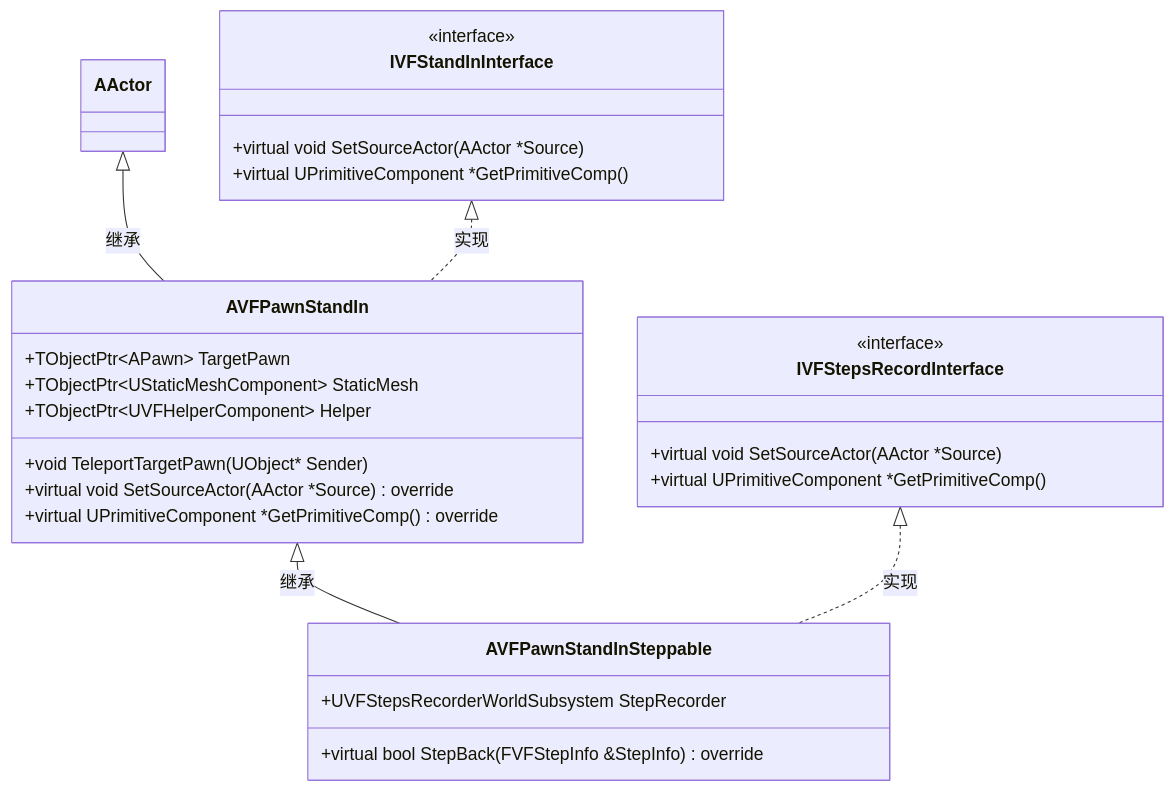
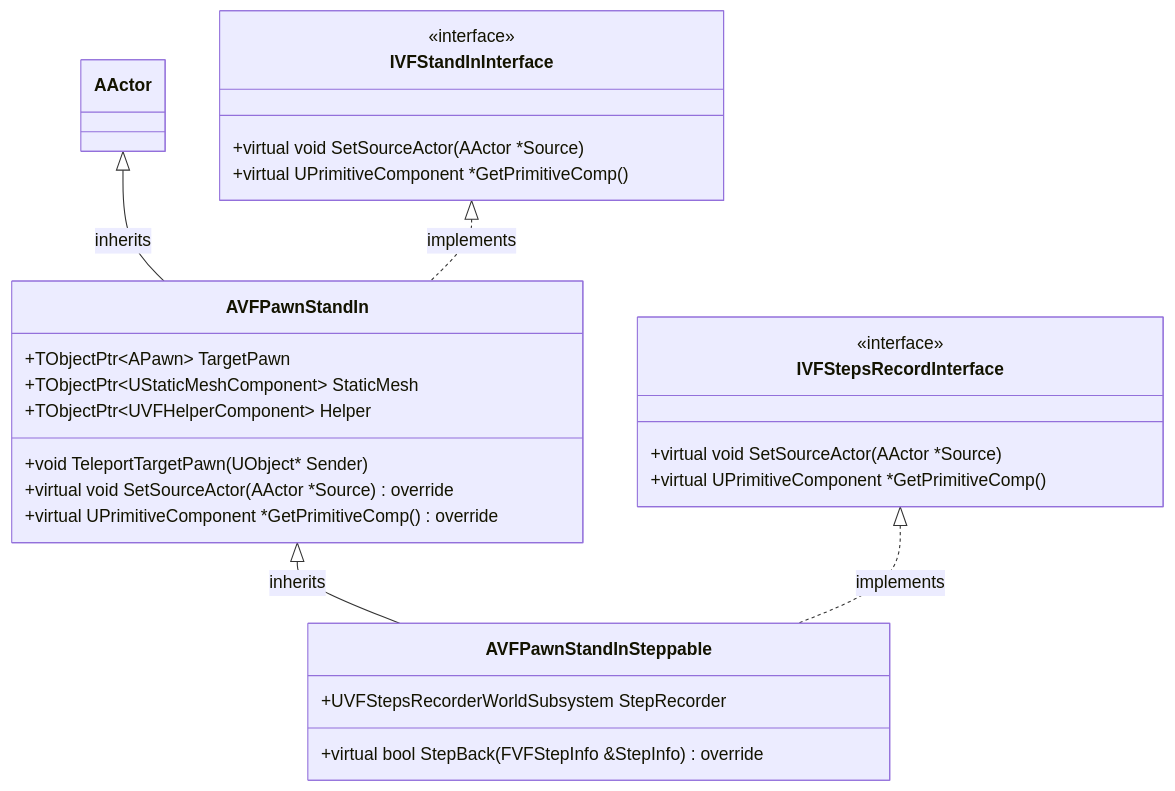
One commit to StrangeDS/ViewFinderRe changed the sixth of 9 diagrams in README.md. Above: the diagram before and after it, drawn with Mermaid. The commit also changed other lines of this file and 1 other file, not shown here.

````diff
--- a/README.md
+++ b/README.md
@@ -551,35 +1213,35 @@
 ```mermaid
 classDiagram
     class IVFStandInInterface {
       <<interface>>
       +virtual void SetSourceActor(AActor *Source)
       +virtual UPrimitiveComponent *GetPrimitiveComp()
     }
 
     class AVFPawnStandIn {
       +TObjectPtr~APawn~ TargetPawn
       +TObjectPtr~UStaticMeshComponent~ StaticMesh
       +TObjectPtr~UVFHelperComponent~ Helper
 
       +void TeleportTargetPawn(UObject* Sender)
       +virtual void SetSourceActor(AActor *Source) override
       +virtual UPrimitiveComponent *GetPrimitiveComp() override
     }
 
     class IVFStepsRecordInterface {
       <<interface>>
       +virtual void SetSourceActor(AActor *Source)
       +virtual UPrimitiveComponent *GetPrimitiveComp()
     }
 
     class AVFPawnStandInSteppable {
       +UVFStepsRecorderWorldSubsystem StepRecorder
 
       +virtual bool StepBack(FVFStepInfo &StepInfo) override
     }
 
-    AActor <|-- AVFPawnStandIn: 继承
-    IVFStandInInterface <|.. AVFPawnStandIn: 实现
-    AVFPawnStandIn <|-- AVFPawnStandInSteppable: 继承
-    IVFStepsRecordInterface <|.. AVFPawnStandInSteppable: 实现
+    AActor <|-- AVFPawnStandIn: inherits
+    IVFStandInInterface <|.. AVFPawnStandIn: implements
+    AVFPawnStandIn <|-- AVFPawnStandInSteppable: inherits
+    IVFStepsRecordInterface <|.. AVFPawnStandInSteppable: implements
 ```
````
